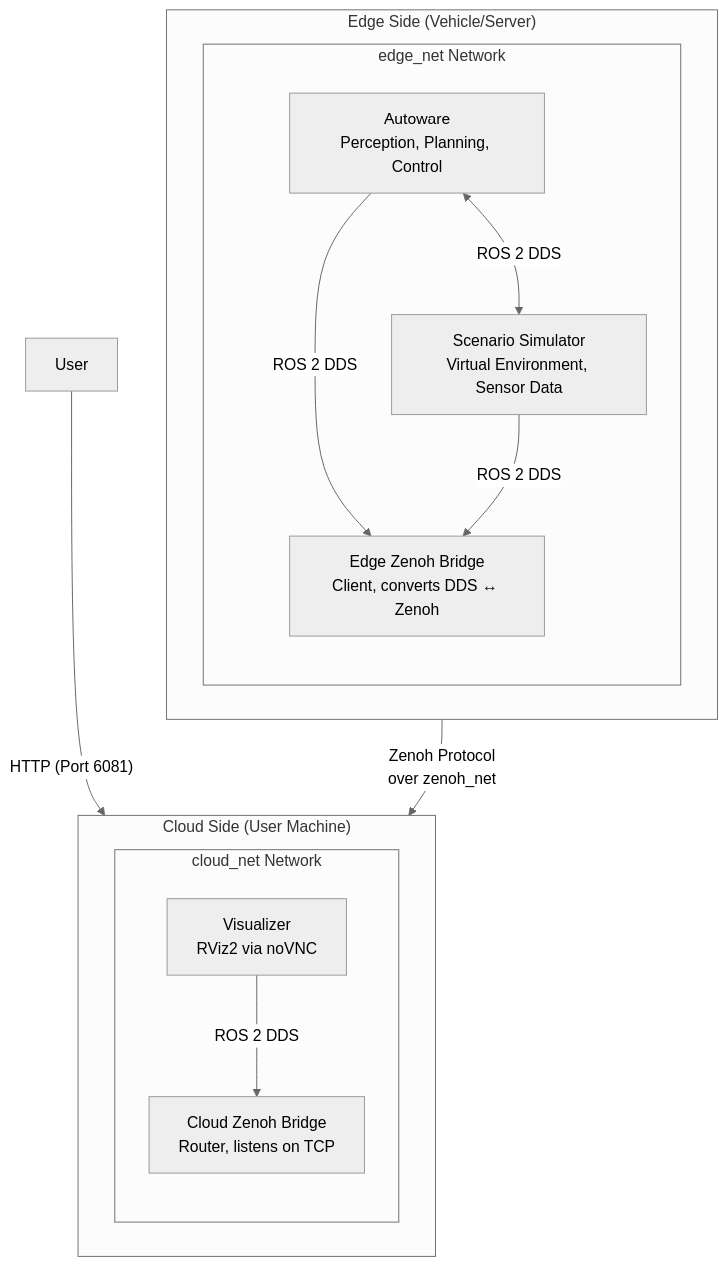
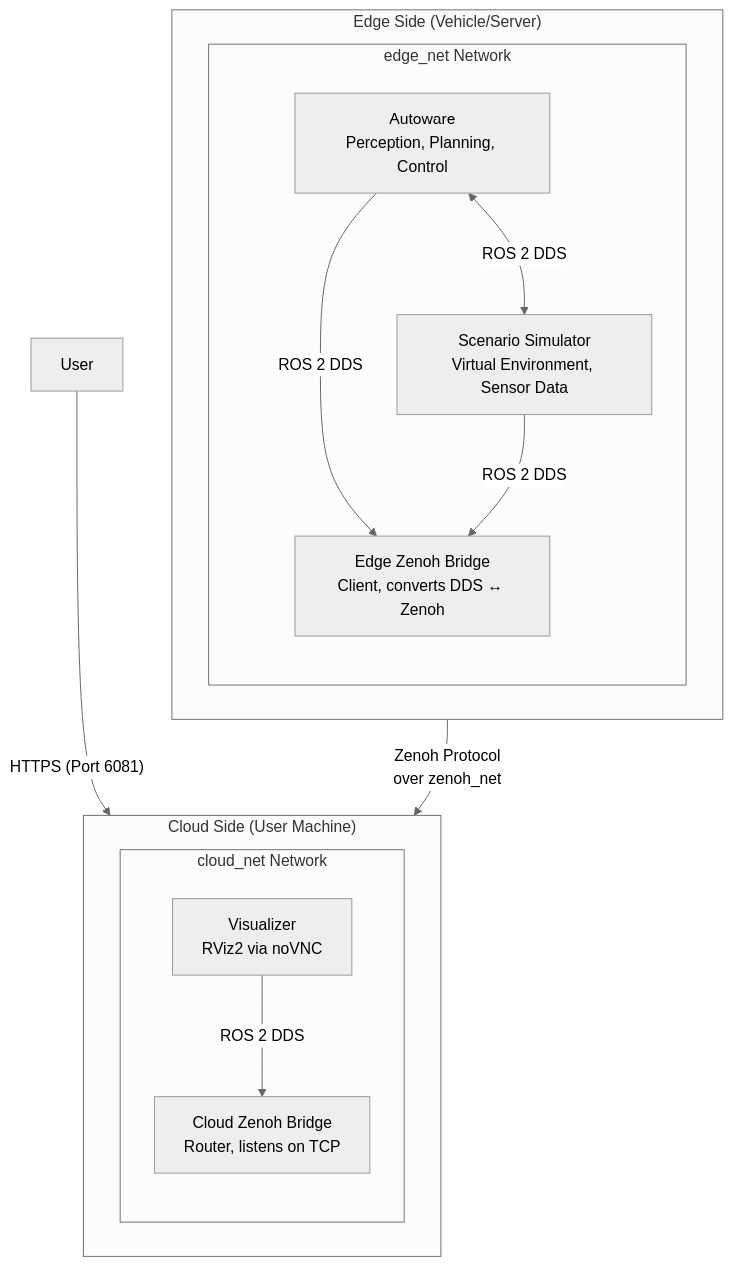
The first of 2 diagrams in docs/deployment/zenoh-bridge/index.md (autowarefoundation/openadkit), drawn with Mermaid (neutral theme) before and after one commit. The commit also changed other lines of this file and 2 other files, not shown here.

First line of the commit message:
fix: complete H2 (zenoh visualizer https) and M2 (scenario README)

````diff
--- a/docs/deployment/zenoh-bridge/index.md
+++ b/docs/deployment/zenoh-bridge/index.md
@@ -42,34 +42,34 @@
 ```mermaid
 flowchart TD
     subgraph CloudSide["Cloud Side (User Machine)"]
         direction LR
 
         subgraph CloudNet[cloud_net Network]
             direction TB
 
             visualizer["Visualizer<br/>RViz2 via noVNC"]
             cloud_bridge["Cloud Zenoh Bridge<br/>Router, listens on TCP"]
 
             visualizer -->|"ROS 2 DDS"| cloud_bridge
         end
     end
 
     subgraph EdgeSide["Edge Side (Vehicle/Server)"]
         direction LR
 
         subgraph EdgeNet[edge_net Network]
             direction TB
 
             autoware["Autoware<br/>Perception, Planning, Control"]
             scenario_simulator["Scenario Simulator<br/>Virtual Environment, Sensor Data"]
             edge_bridge["Edge Zenoh Bridge<br/>Client, converts DDS ↔ Zenoh"]
 
             autoware <-->|"ROS 2 DDS"| scenario_simulator
             autoware -->|"ROS 2 DDS"| edge_bridge
             scenario_simulator -->|"ROS 2 DDS"| edge_bridge
         end
     end
 
-    user[User] -->|"HTTP (Port 6081)"| visualizer
+    user[User] -->|"HTTPS (Port 6081)"| visualizer
     edge_bridge -->|"Zenoh Protocol<br/>over zenoh_net"| cloud_bridge
 ```
````
